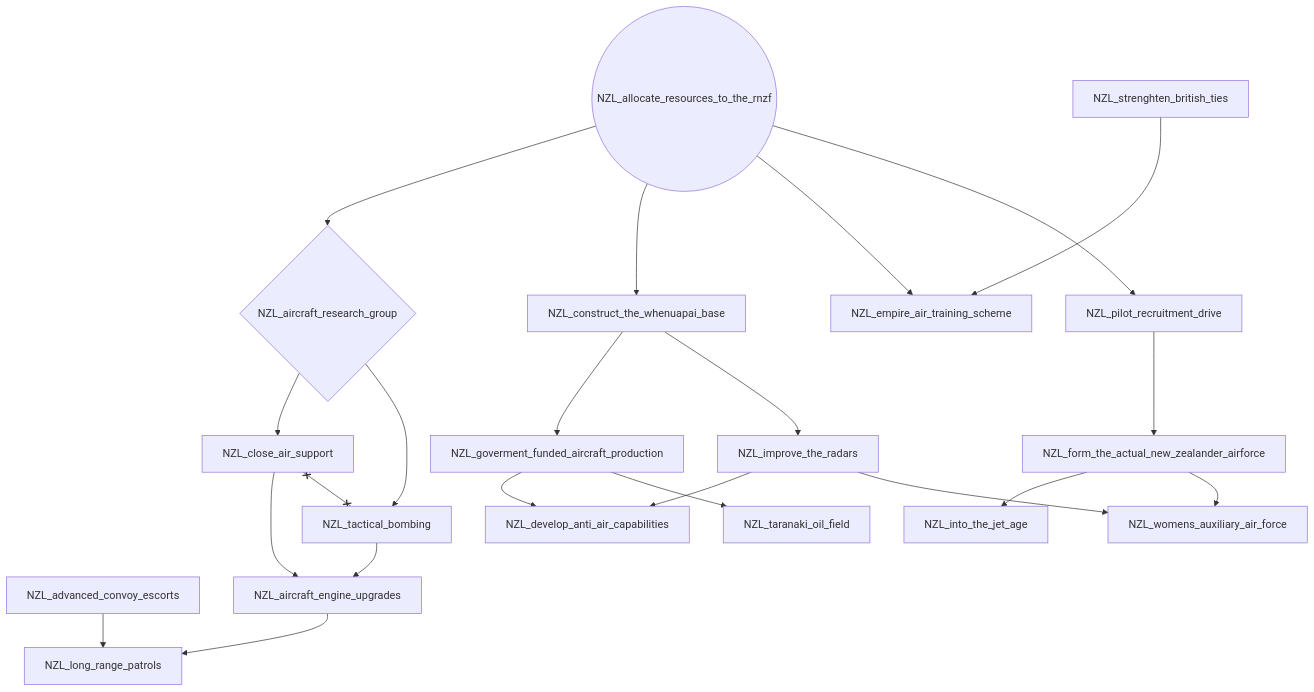
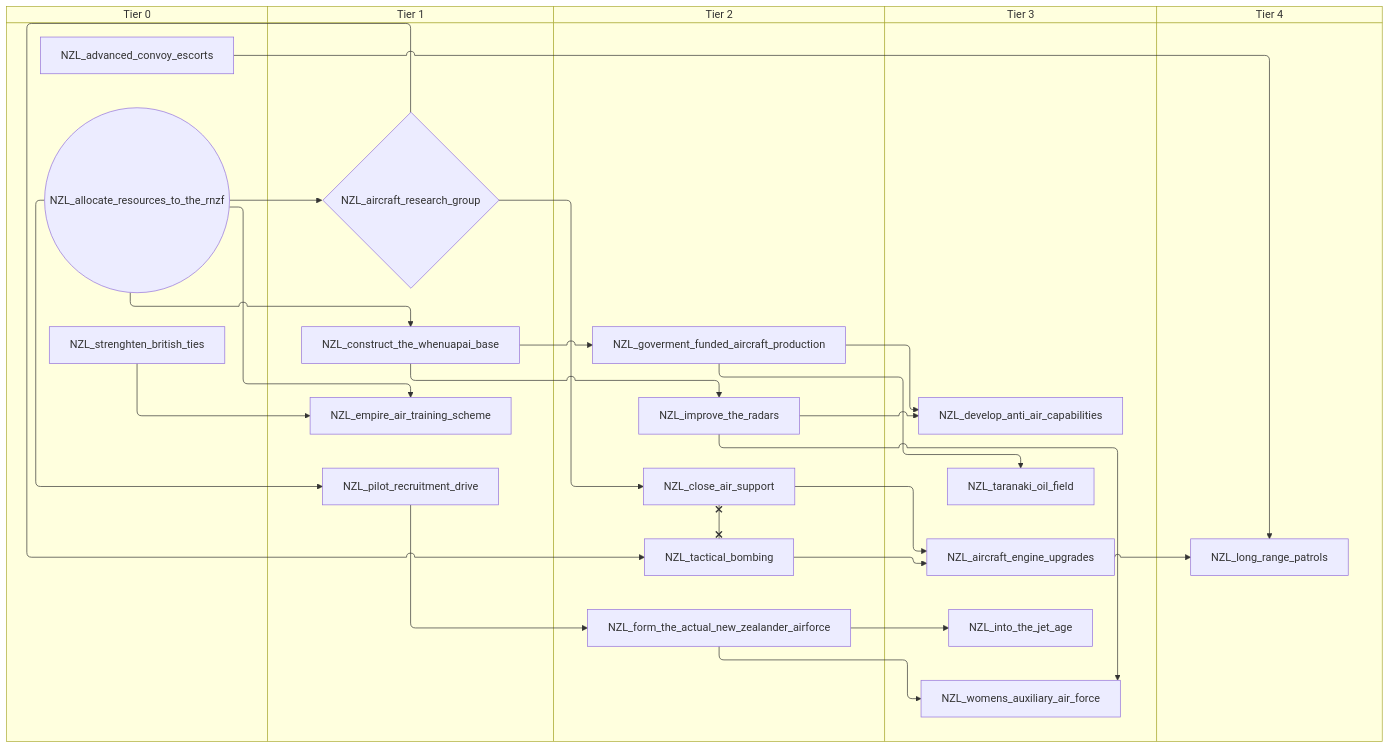
Before and after one commit to evgeny-sobol/hoi4-sandbox-mode-r56: the first of 11 diagrams in docs/gdd/National Focuses/r56/new_zealand.md, drawn with Mermaid. The commit also changed other lines of this file and 423 other files, not shown here.

First line of the commit message:
Re-export Rt56 focus trees as swimlane diagrams

````diff
--- a/docs/gdd/National Focuses/r56/new_zealand.md
+++ b/docs/gdd/National Focuses/r56/new_zealand.md
@@ -3,42 +3,52 @@
 ```mermaid
-flowchart TD
-    n1["NZL_advanced_convoy_escorts"]
-    n2["NZL_aircraft_engine_upgrades"]
-    n3{"NZL_aircraft_research_group"}
-    n4(("NZL_allocate_resources_to_the_rnzf"))
-    n5["NZL_close_air_support"]
-    n6["NZL_construct_the_whenuapai_base"]
-    n7["NZL_develop_anti_air_capabilities"]
-    n8["NZL_empire_air_training_scheme"]
-    n9["NZL_form_the_actual_new_zealander_airforce"]
-    n10["NZL_goverment_funded_aircraft_production"]
-    n11["NZL_improve_the_radars"]
-    n12["NZL_into_the_jet_age"]
-    n13["NZL_long_range_patrols"]
-    n14["NZL_pilot_recruitment_drive"]
-    n15["NZL_strenghten_british_ties"]
-    n16["NZL_tactical_bombing"]
-    n17["NZL_taranaki_oil_field"]
-    n18["NZL_womens_auxiliary_air_force"]
-    n16 --> n2
-    n5 --> n2
-    n4 --> n3
-    n3 --> n5
-    n4 --> n6
-    n11 --> n7
-    n10 --> n7
-    n15 --> n8
+swimlane-beta TD
+    subgraph tier_0["Tier 0"]
+        n1["NZL_advanced_convoy_escorts"]
+        n2(("NZL_allocate_resources_to_the_rnzf"))
+        n3["NZL_strenghten_british_ties"]
+    end
+    subgraph tier_1["Tier 1"]
+        n4{"NZL_aircraft_research_group"}
+        n5["NZL_construct_the_whenuapai_base"]
+        n6["NZL_empire_air_training_scheme"]
+        n7["NZL_pilot_recruitment_drive"]
+    end
+    subgraph tier_2["Tier 2"]
+        n8["NZL_close_air_support"]
+        n9["NZL_form_the_actual_new_zealander_airforce"]
+        n10["NZL_goverment_funded_aircraft_production"]
+        n11["NZL_improve_the_radars"]
+        n12["NZL_tactical_bombing"]
+    end
+    subgraph tier_3["Tier 3"]
+        n13["NZL_aircraft_engine_upgrades"]
+        n14["NZL_develop_anti_air_capabilities"]
+        n15["NZL_into_the_jet_age"]
+        n16["NZL_taranaki_oil_field"]
+        n17["NZL_womens_auxiliary_air_force"]
+    end
+    subgraph tier_4["Tier 4"]
+        n18["NZL_long_range_patrols"]
+    end
+    n12 --> n13
+    n8 --> n13
+    n2 --> n4
     n4 --> n8
-    n14 --> n9
-    n6 --> n10
-    n6 --> n11
-    n9 --> n12
-    n2 --> n13
-    n1 --> n13
-    n4 --> n14
-    n3 --> n16
-    n10 --> n17
-    n9 --> n18
-    n11 --> n18
-    n5 x--x n16
+    n2 --> n5
+    n11 --> n14
+    n10 --> n14
+    n3 --> n6
+    n2 --> n6
+    n7 --> n9
+    n5 --> n10
+    n5 --> n11
+    n9 --> n15
+    n13 --> n18
+    n1 --> n18
+    n2 --> n7
+    n4 --> n12
+    n10 --> n16
+    n9 --> n17
+    n11 --> n17
+    n8 x--x n12
 ```
````
